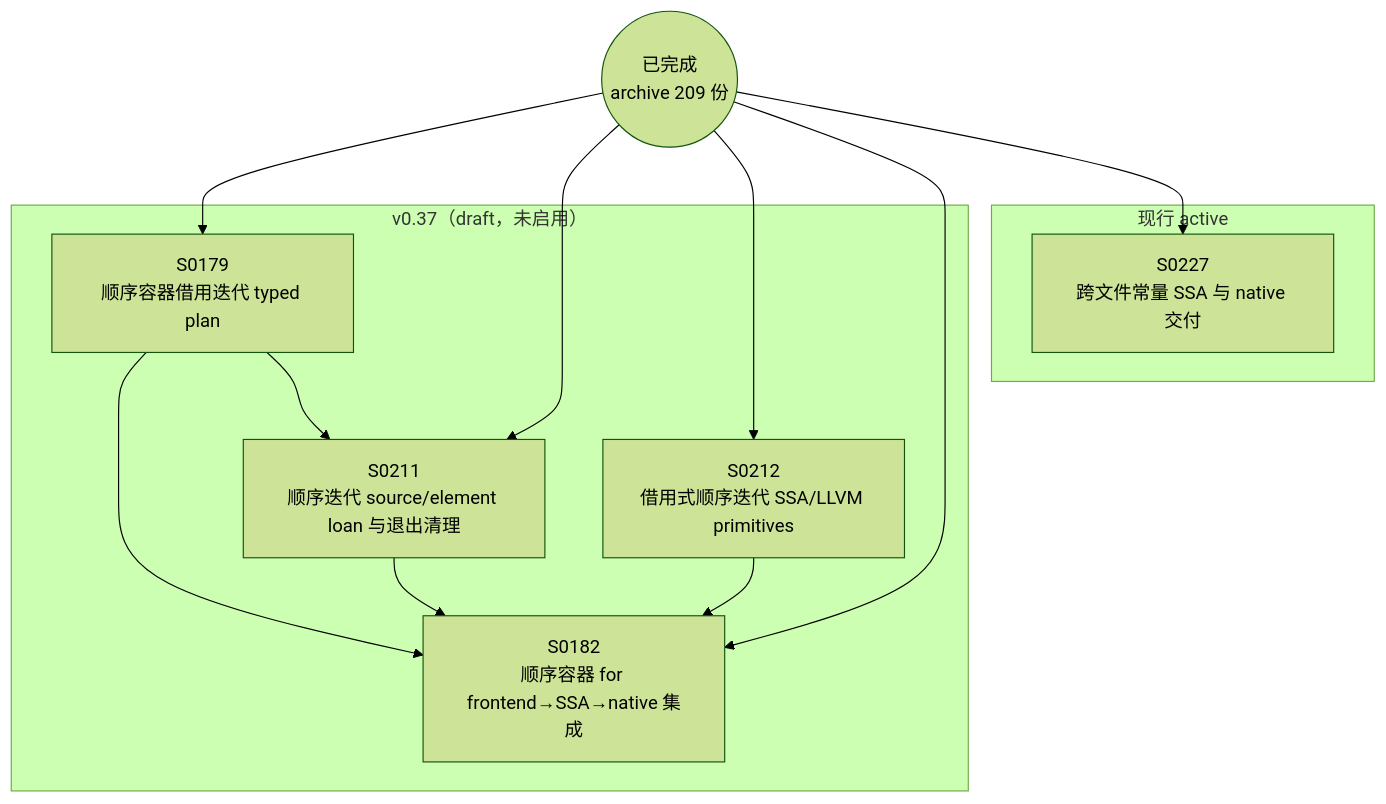
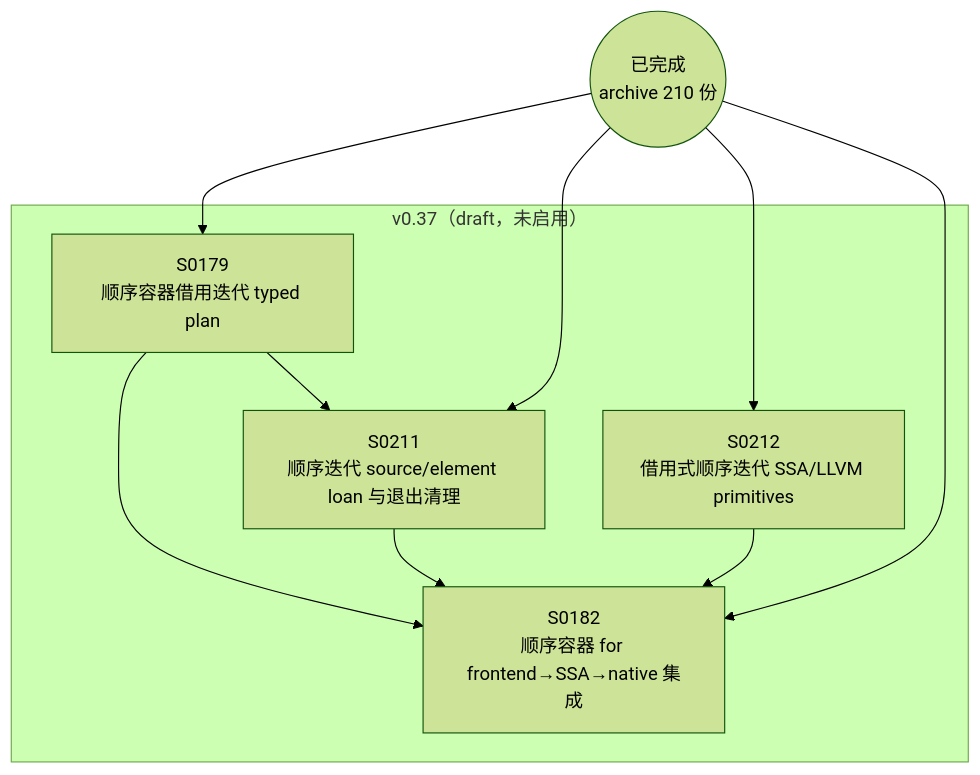
Before and after one commit to Halckon/Koven: the diagram in docs/specs/dependency-graph.md, drawn with Mermaid (forest theme). The commit also changed other lines of this file and 14 other files, not shown here.

````diff
--- a/docs/specs/dependency-graph.md
+++ b/docs/specs/dependency-graph.md
@@ -9,22 +9,18 @@
 ```mermaid
 flowchart TD
-ARCH(("已完成<br/>archive 209 份"))
-subgraph Gactive["现行 active"]
-  S0227["S0227<br/>跨文件常量 SSA 与 native 交付"]
-end
+ARCH(("已完成<br/>archive 210 份"))
 subgraph Gdrafts_v037["v0.37（draft，未启用）"]
   S0179["S0179<br/>顺序容器借用迭代 typed plan"]
   S0182["S0182<br/>顺序容器 for frontend→SSA→native 集成"]
   S0211["S0211<br/>顺序迭代 source/element loan 与退出清理"]
   S0212["S0212<br/>借用式顺序迭代 SSA/LLVM primitives"]
 end
 S0179 --> S0182
 S0179 --> S0211
 S0211 --> S0182
 S0212 --> S0182
 ARCH --> S0179
 ARCH --> S0182
 ARCH --> S0211
 ARCH --> S0212
-ARCH --> S0227
 ```
````
